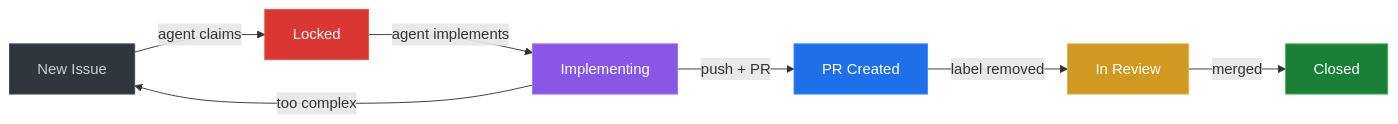
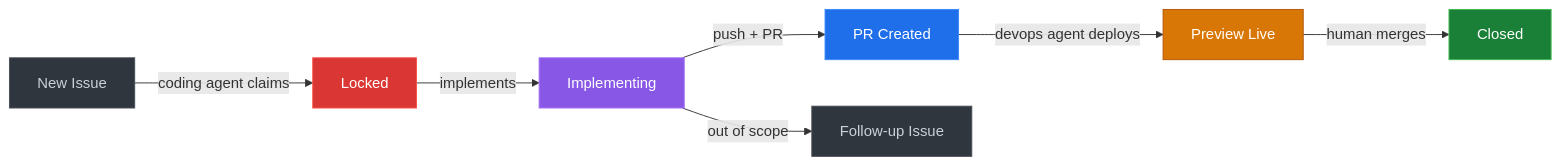
Before and after one commit to artdroz/deep-agents-demo: the fifth of 7 diagrams in ARCHITECTURE.md, drawn with Mermaid. The commit also changed other lines of this file, not shown here.

First line of the commit message:
docs: expand architecture with multi-agent system, supervisor, and devops agent

````diff
--- a/ARCHITECTURE.md
+++ b/ARCHITECTURE.md
@@ -100,16 +234,17 @@
 ```mermaid
 graph LR
-    New["New Issue"] -->|agent claims| Locked["Locked"]
-    Locked -->|agent implements| Impl["Implementing"]
+    New["New Issue"] -->|coding agent claims| Locked["Locked"]
+    Locked -->|implements| Impl["Implementing"]
     Impl -->|push + PR| PR["PR Created"]
-    PR -->|label removed| Review["In Review"]
-    Review -->|merged| Done["Closed"]
-    Impl -->|too complex| New
+    PR -->|devops agent deploys| Deployed["Preview Live"]
+    Deployed -->|human merges| Done["Closed"]
+    Impl -->|out of scope| Followup["Follow-up Issue"]
 
     style New fill:#30363d,stroke:#484f58,color:#c9d1d9
     style Locked fill:#da3633,stroke:#f85149,color:#fff
     style Impl fill:#8957e5,stroke:#a371f7,color:#fff
     style PR fill:#1f6feb,stroke:#388bfd,color:#fff
-    style Review fill:#d29922,stroke:#e3b341,color:#fff
+    style Deployed fill:#d97706,stroke:#b45309,color:#fff
     style Done fill:#1a7f37,stroke:#3fb950,color:#fff
+    style Followup fill:#30363d,stroke:#484f58,color:#c9d1d9
 ```
````
